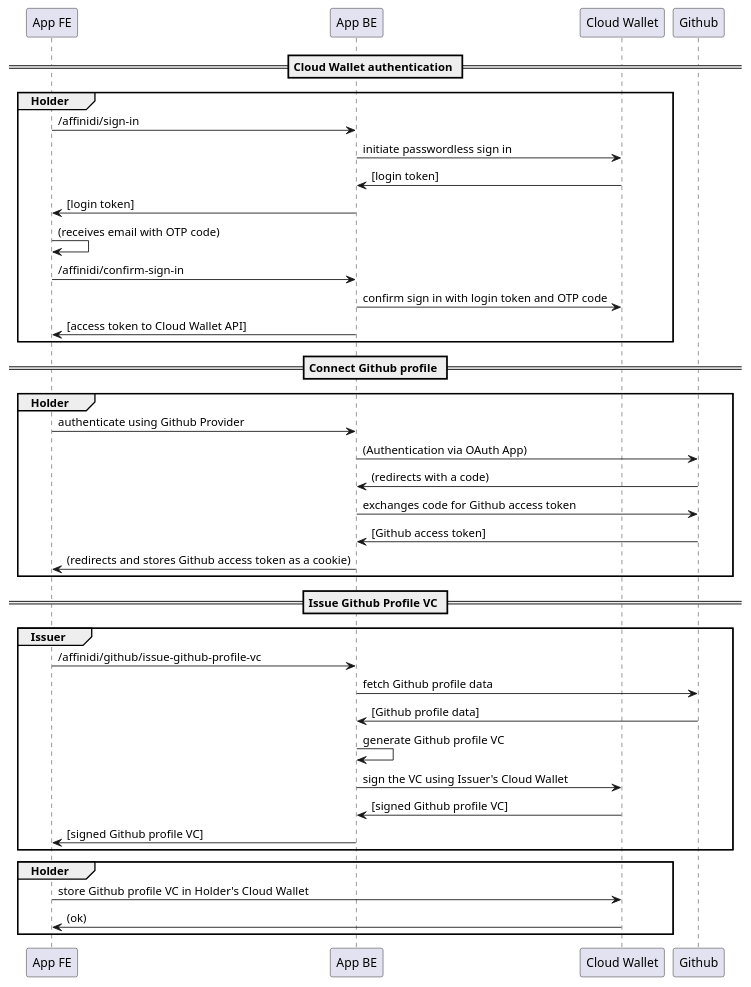
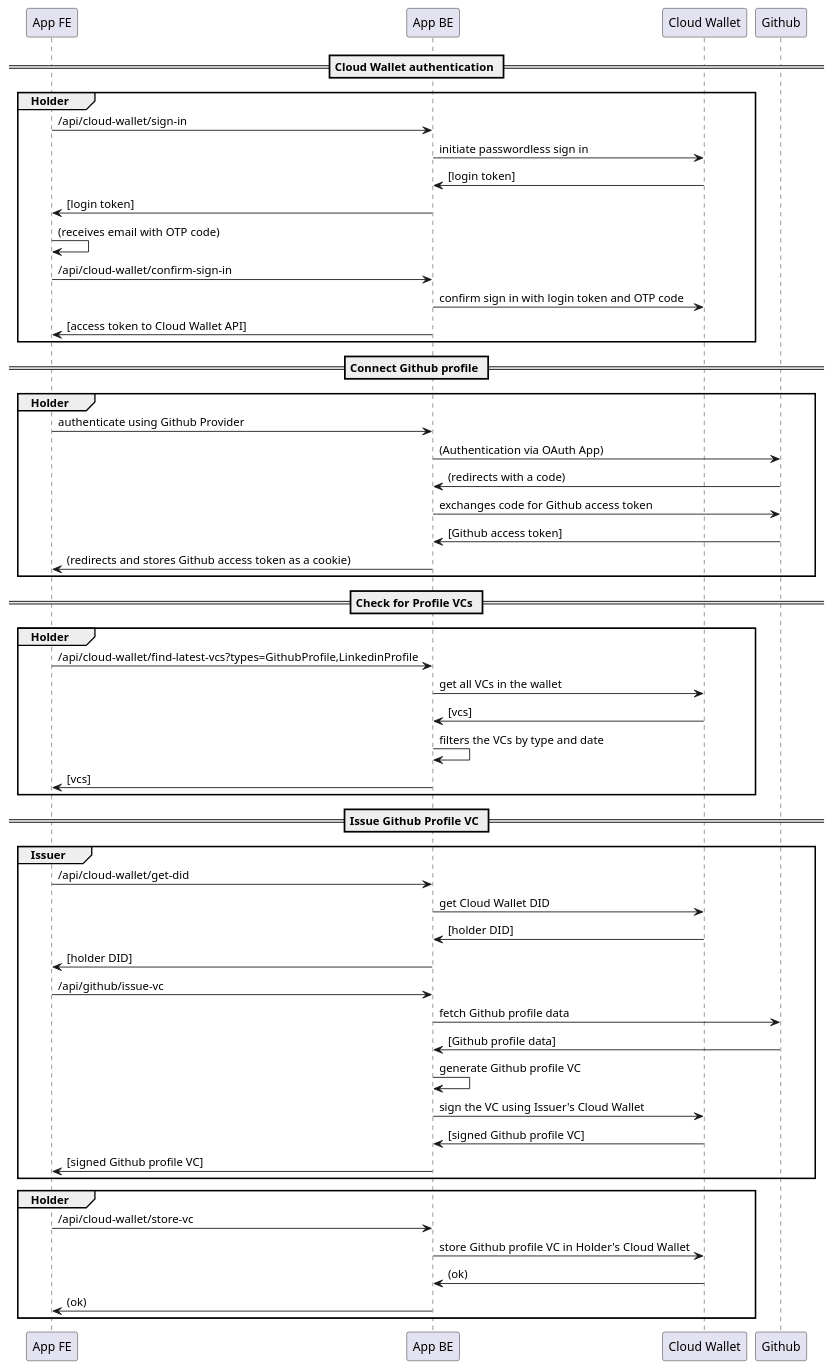
Before and after one commit to affinidi/reference-app-portable-reputation: the diagram in docs/flow.plantuml, drawn with PlantUML. The commit also changed 2 other files, not shown here.

```diff
--- a/docs/flow.plantuml
+++ b/docs/flow.plantuml
@@ -2,44 +2,60 @@
 @startuml
 
 == Cloud Wallet authentication ==
 
 group Holder
-FE as "App FE" -> BE as "App BE" : /affinidi/sign-in
+FE as "App FE" -> BE as "App BE" : /api/cloud-wallet/sign-in
 BE -> CW as "Cloud Wallet" : initiate passwordless sign in
 CW -> BE : [login token]
 BE -> FE : [login token]
 FE -> FE : (receives email with OTP code)
-FE -> BE : /affinidi/confirm-sign-in
+FE -> BE : /api/cloud-wallet/confirm-sign-in
 BE -> CW : confirm sign in with login token and OTP code
 BE -> FE : [access token to Cloud Wallet API]
 end
 
 == Connect Github profile ==
 
 group Holder
 FE -> BE : authenticate using Github Provider
 BE -> GH as "Github" : (Authentication via OAuth App)
 GH -> BE : (redirects with a code)
 BE -> GH : exchanges code for Github access token
 GH -> BE : [Github access token]
 BE -> FE : (redirects and stores Github access token as a cookie)
 end
 
+== Check for Profile VCs ==
+
+group Holder
+FE -> BE : /api/cloud-wallet/find-latest-vcs?types=GithubProfile,LinkedinProfile
+BE -> CW : get all VCs in the wallet
+CW -> BE : [vcs]
+BE -> BE : filters the VCs by type and date
+BE -> FE : [vcs]
+end
+
 == Issue Github Profile VC ==
 
 group Issuer
-FE -> BE : /affinidi/github/issue-github-profile-vc
+FE -> BE : /api/cloud-wallet/get-did
+BE -> CW : get Cloud Wallet DID
+CW -> BE : [holder DID]
+BE -> FE : [holder DID]
+FE -> BE : /api/github/issue-vc
 BE -> GH : fetch Github profile data
 GH -> BE : [Github profile data]
 BE -> BE : generate Github profile VC
 BE -> CW : sign the VC using Issuer's Cloud Wallet
 CW -> BE : [signed Github profile VC]
 BE -> FE : [signed Github profile VC]
 end
 
 group Holder
-FE -> CW : store Github profile VC in Holder's Cloud Wallet
-CW -> FE : (ok)
+FE -> BE : /api/cloud-wallet/store-vc
+BE -> CW : store Github profile VC in Holder's Cloud Wallet
+CW -> BE : (ok)
+BE -> FE : (ok)
 end
 
 @enduml
```
